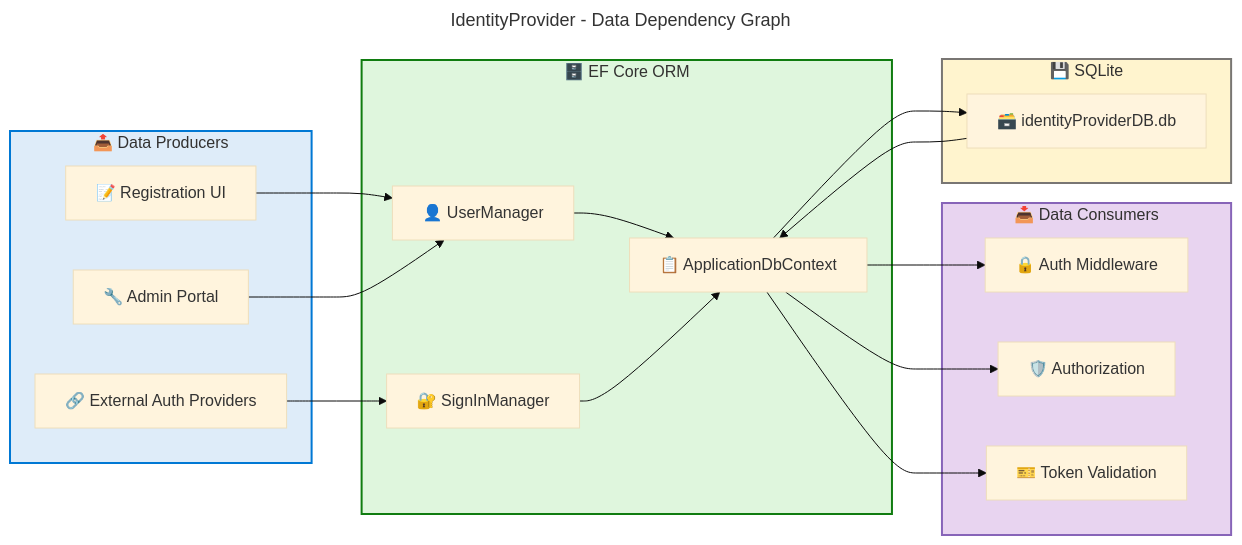
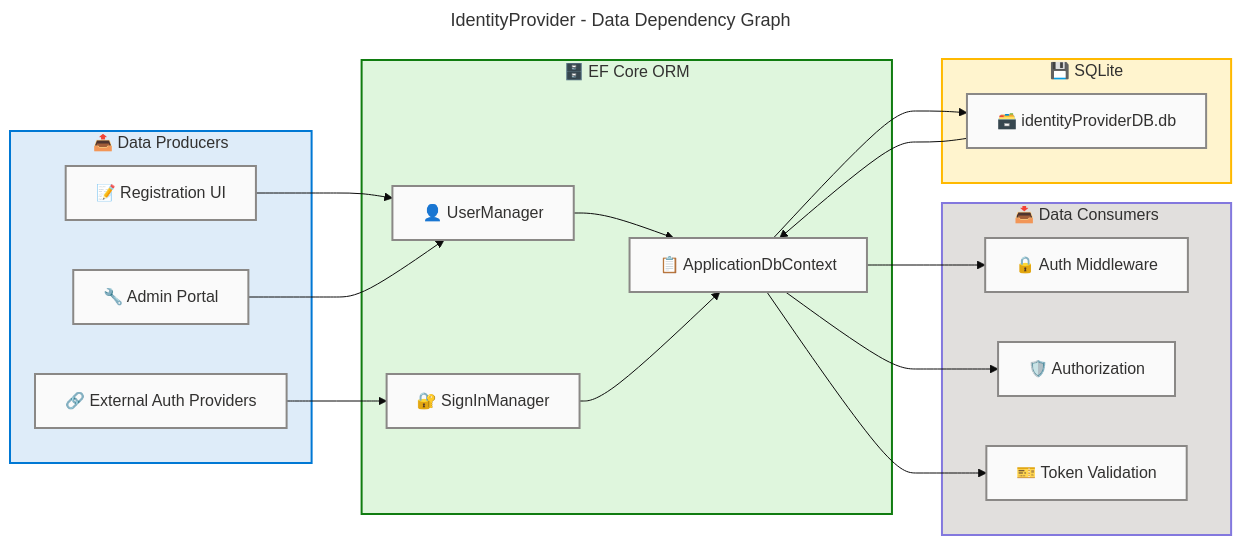
Before and after one commit to Evilazaro/IdentityProvider: diagram 11 of 13 in docs/architecture/data-architecture.md, drawn with Mermaid. The commit also changed other lines of this file, not shown here.

Commit message:
Enhance data architecture diagrams with accessibility features and improved styling for clarity

````diff
--- a/docs/architecture/data-architecture.md
+++ b/docs/architecture/data-architecture.md
@@ -954,54 +1052,64 @@
 ```mermaid
 ---
 title: IdentityProvider - Data Dependency Graph
 config:
   theme: base
   look: classic
   layout: dagre
   themeVariables:
     fontSize: '16px'
   flowchart:
     htmlLabels: true
 ---
 flowchart LR
     accTitle: IdentityProvider Data Dependency Graph
     accDescr: Flowchart showing producer-consumer data relationships between application components and the SQLite database through the EF Core ORM layer
 
+    %% ── AZURE / FLUENT v1.1 ──────────────────────────────────
+    %% PHASE 1 — Structural ✔  direction explicit, nesting ≤ 3
+    %% PHASE 2 — Semantic   ✔  neutral-first, max 5 classes
+    %% PHASE 3 — Font       ✔  dark text on light bg
+    %% PHASE 4 — Accessibility ✔  accTitle + accDescr present
+    %% PHASE 5 — Standards  ✔  centralized classDefs below
+    %% ─────────────────────────────────────────────────────────
+
     subgraph PRODUCERS["📤 Data Producers"]
-        REG["📝 Registration UI"]
-        ADMIN["🔧 Admin Portal"]
-        EXT["🔗 External Auth Providers"]
+        REG["📝 Registration UI"]:::neutral
+        ADMIN["🔧 Admin Portal"]:::neutral
+        EXT["🔗 External Auth Providers"]:::neutral
     end
 
     subgraph ORM["🗄️ EF Core ORM"]
-        CTX["📋 ApplicationDbContext"]
-        UM["👤 UserManager"]
-        SM["🔐 SignInManager"]
+        CTX["📋 ApplicationDbContext"]:::neutral
+        UM["👤 UserManager"]:::neutral
+        SM["🔐 SignInManager"]:::neutral
     end
 
     subgraph CONSUMERS["📥 Data Consumers"]
-        AUTH["🔒 Auth Middleware"]
-        AUTHZ["🛡️ Authorization"]
-        TOKEN["🎫 Token Validation"]
+        AUTH["🔒 Auth Middleware"]:::neutral
+        AUTHZ["🛡️ Authorization"]:::neutral
+        TOKEN["🎫 Token Validation"]:::neutral
     end
 
     subgraph STORE["💾 SQLite"]
-        SQLDB["🗃️ identityProviderDB.db"]
+        SQLDB["🗃️ identityProviderDB.db"]:::neutral
     end
 
     REG --> UM
     ADMIN --> UM
     EXT --> SM
     UM --> CTX
     SM --> CTX
     CTX --> SQLDB
     SQLDB --> CTX
     CTX --> AUTH
     CTX --> AUTHZ
     CTX --> TOKEN
 
+    classDef neutral fill:#FAFAFA,stroke:#8A8886,stroke-width:2px,color:#323130
+
     style PRODUCERS fill:#DEECF9,stroke:#0078D4,stroke-width:2px,color:#323130
     style ORM fill:#DFF6DD,stroke:#107C10,stroke-width:2px,color:#323130
-    style CONSUMERS fill:#E8D4F0,stroke:#8764B8,stroke-width:2px,color:#323130
-    style STORE fill:#FFF4CE,stroke:#797673,stroke-width:2px,color:#323130
+    style CONSUMERS fill:#E1DFDD,stroke:#8378DE,stroke-width:2px,color:#323130
+    style STORE fill:#FFF4CE,stroke:#FFB900,stroke-width:2px,color:#323130
 ```
````
